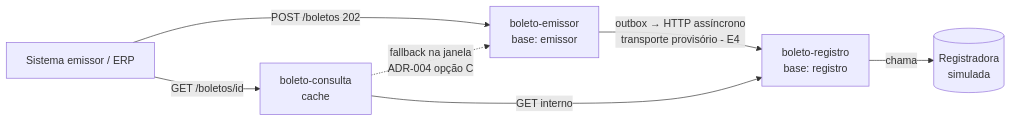
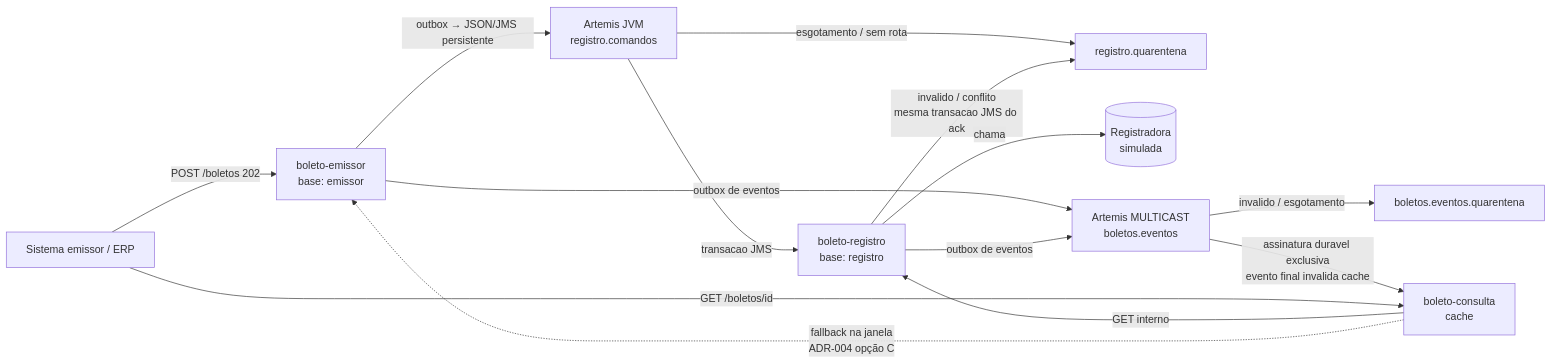
One commit to Mateustv/projetofinaljava3 changed the diagram in docs/arquitetura.md. Above: the diagram before and after it, drawn with Mermaid. The commit also changed other lines of this file and 83 other files, not shown here.

First line of the commit message:
feat(E6-E9): consolida contratos, registro, broker JVM e eventos confiaveis

````diff
--- a/docs/arquitetura.md
+++ b/docs/arquitetura.md
@@ -16,9 +18,16 @@
 ```mermaid
 flowchart LR
     ERP[Sistema emissor / ERP] -->|POST /boletos 202| EM[boleto-emissor<br/>base: emissor]
-    EM -->|outbox → HTTP assíncrono<br/>transporte provisório - E4| RG[boleto-registro<br/>base: registro]
+    EM -->|outbox → JSON/JMS persistente| BR[Artemis JVM<br/>registro.comandos]
+    BR -->|transacao JMS| RG[boleto-registro<br/>base: registro]
+    BR -->|esgotamento / sem rota| DLQ[registro.quarentena]
+    RG -->|invalido / conflito<br/>mesma transacao JMS do ack| DLQ
     RG -->|chama| REG[(Registradora<br/>simulada)]
+    EM -->|outbox de eventos| EV[Artemis MULTICAST<br/>boletos.eventos]
+    RG -->|outbox de eventos| EV
+    EV -->|assinatura duravel exclusiva<br/>evento final invalida cache| CS
+    EV -->|invalido / esgotamento| EDQ[boletos.eventos.quarentena]
     CS[boleto-consulta<br/>cache] -->|GET interno| RG
     CS -.->|fallback na janela<br/>ADR-004 opção C| EM
     ERP -->|GET /boletos/id| CS
 ```
````
